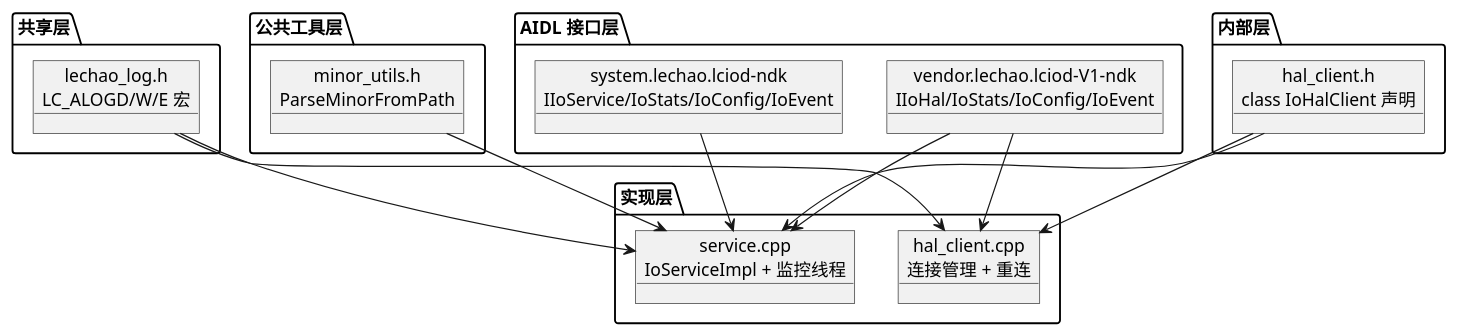
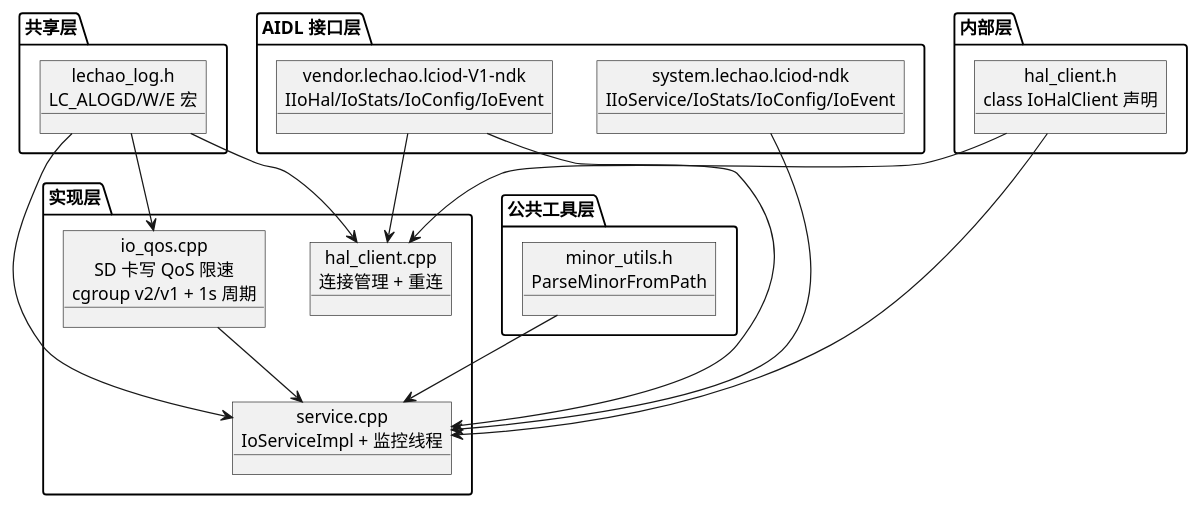
Before and after one commit to lechao365/AndroidSystemEnhance: diagram 11 of 18 in docs/02-IO增强/02.03-Daemon增强-lciod-daemon.md, drawn with PlantUML. The commit also changed other lines of this file and 86 other files, not shown here.

````diff
--- a/docs/02-IO增强/02.03-Daemon增强-lciod-daemon.md
+++ b/docs/02-IO增强/02.03-Daemon增强-lciod-daemon.md
@@ -489,34 +539,37 @@
 ```plantuml
 @startuml
 package "共享层" as shared {
     object "lechao_log.h\nLC_ALOGD/W/E 宏" as LOG
 }
 
 package "公共工具层" as common {
     object "minor_utils.h\nParseMinorFromPath" as MINOR
 }
 
 package "AIDL 接口层" as aidl {
     object "system.lechao.lciod-ndk\nIIoService/IoStats/IoConfig/IoEvent" as AIDL_S
     object "vendor.lechao.lciod-V1-ndk\nIIoHal/IoStats/IoConfig/IoEvent" as AIDL_V
 }
 
 package "内部层" as internal {
     object "hal_client.h\nclass IoHalClient 声明" as HC_H
 }
 
 package "实现层" as impl {
     object "hal_client.cpp\n连接管理 + 重连" as HC_CPP
     object "service.cpp\nIoServiceImpl + 监控线程" as SVC_CPP
+    object "io_qos.cpp\nSD 卡写 QoS 限速\ncgroup v2/v1 + 1s 周期" as QOS
 }
 
 LOG --> HC_CPP
 LOG --> SVC_CPP
+LOG --> QOS
 MINOR --> SVC_CPP
 AIDL_S --> SVC_CPP
 AIDL_V --> HC_CPP
 AIDL_V --> SVC_CPP
 HC_H --> HC_CPP
 HC_H --> SVC_CPP
+QOS --> SVC_CPP
 @enduml
 ```
````
